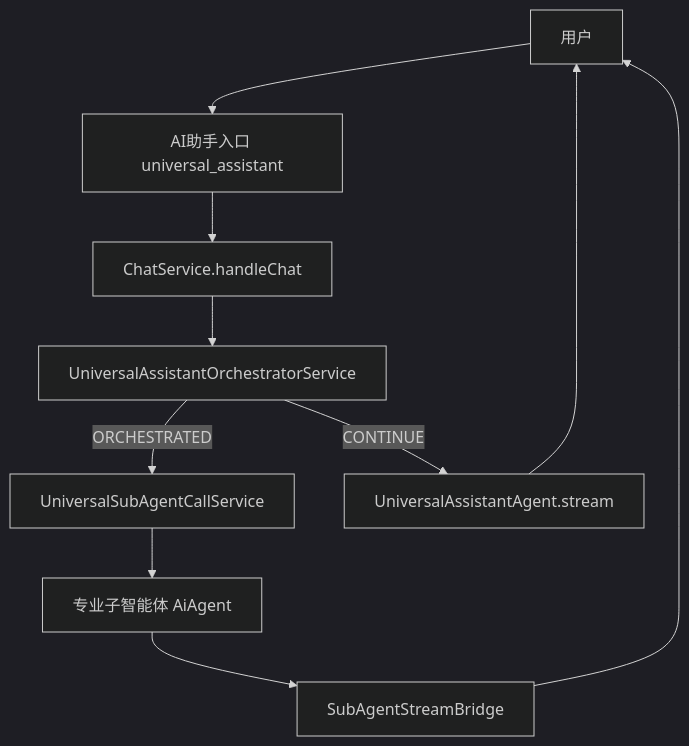
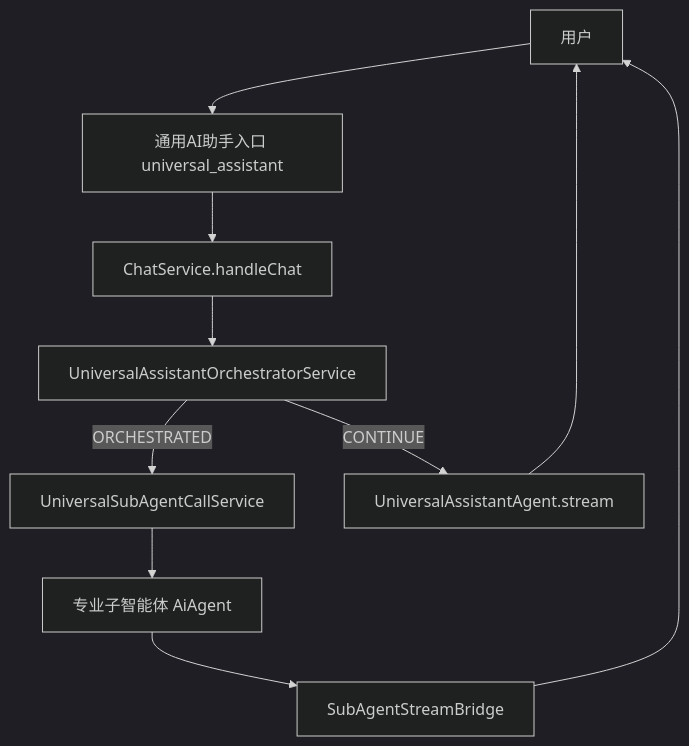
The first of 3 diagrams in 平台/通用助手/README.md (j2agent-ai/j2agent-docs), drawn with Mermaid (dark theme) before and after one commit. The commit also changed other lines of this file and 3 other files, not shown here.

````diff
--- a/平台/通用助手/README.md
+++ b/平台/通用助手/README.md
@@ -22,12 +43,12 @@
 ```mermaid
 flowchart TB
-  User[用户] --> Hub[AI助手入口 universal_assistant]
+  User[用户] --> Hub[通用AI助手入口 universal_assistant]
   Hub --> CS[ChatService.handleChat]
   CS --> Orch[UniversalAssistantOrchestratorService]
   Orch -->|ORCHESTRATED| Call[UniversalSubAgentCallService]
   Call --> SubAgent[专业子智能体 AiAgent]
   SubAgent --> Bridge[SubAgentStreamBridge]
   Bridge --> User
   Orch -->|CONTINUE| ReAct[UniversalAssistantAgent.stream]
   ReAct --> User
 ```
````
